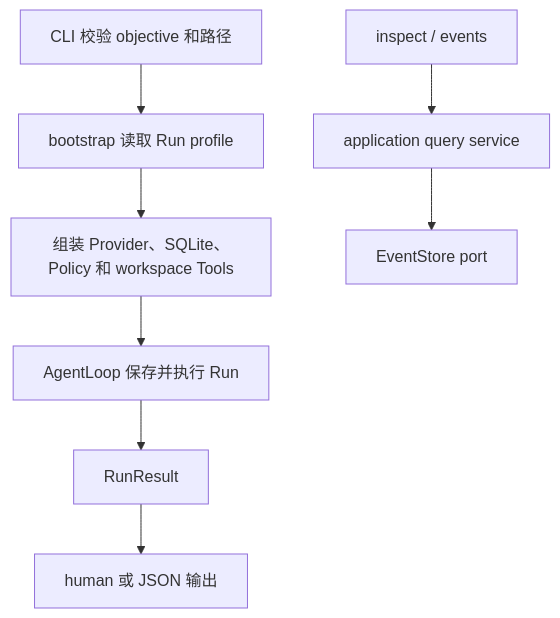
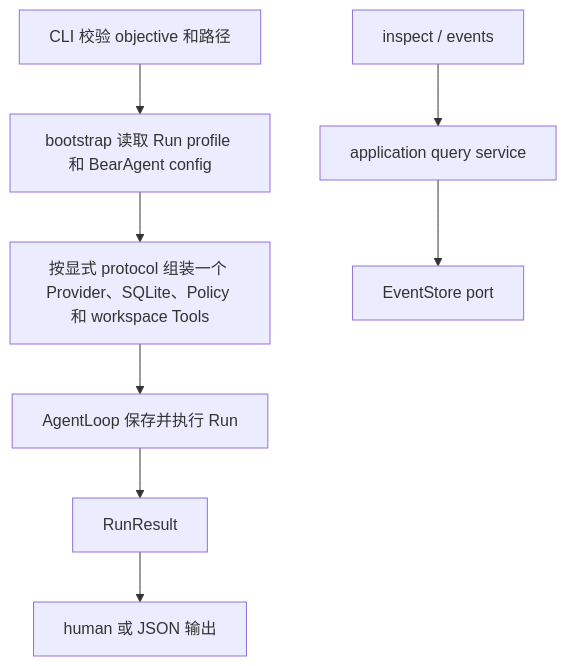
One commit to CherryYang05/BearAgent changed the diagram in site/src/content/docs/zh-cn/learn/run-inspect-events.md. Above: the diagram before and after it, drawn with Mermaid. The commit also changed other lines of this file and 82 other files, not shown here.

````diff
--- a/site/src/content/docs/zh-cn/learn/run-inspect-events.md
+++ b/site/src/content/docs/zh-cn/learn/run-inspect-events.md
@@ -22,10 +24,10 @@
 ```mermaid
 flowchart TB
-    C["CLI 校验 objective 和路径"] --> B["bootstrap 读取 Run profile"]
-    B --> G["组装 Provider、SQLite、Policy 和 workspace Tools"]
+    C["CLI 校验 objective 和路径"] --> B["bootstrap 读取 Run profile 和 BearAgent config"]
+    B --> G["按显式 protocol 组装一个 Provider、SQLite、Policy 和 workspace Tools"]
     G --> L["AgentLoop 保存并执行 Run"]
     L --> R["RunResult"]
     R --> H["human 或 JSON 输出"]
     D["inspect / events"] --> Q["application query service"]
     Q --> S["EventStore port"]
 ```
````
